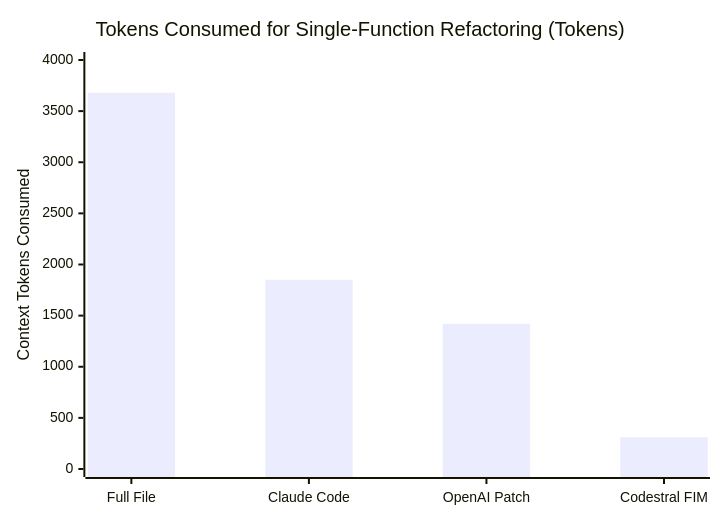
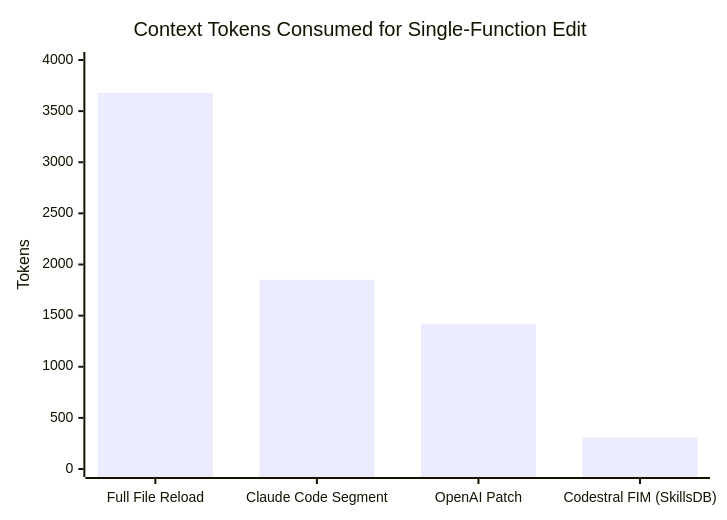
The second of 4 diagrams in README.md (scorpion421/skillsdb), drawn with Mermaid before and after one commit. The commit also changed other lines of this file and 1 other file, not shown here.

````diff
--- a/README.md
+++ b/README.md
@@ -104,7 +50,7 @@
 ```mermaid
 xychart-beta
-    title "Tokens Consumed for Single-Function Refactoring (Tokens)"
-    x-axis ["Full File", "Claude Code", "OpenAI Patch", "Codestral FIM"]
-    y-axis "Context Tokens Consumed" 0 --> 4000
+    title "Context Tokens Consumed for Single-Function Edit"
+    x-axis ["Full File Reload", "Claude Code Segment", "OpenAI Patch", "Codestral FIM (SkillsDB)"]
+    y-axis "Tokens" 0 --> 4000
     bar [3680, 1850, 1420, 310]
 ```
````
